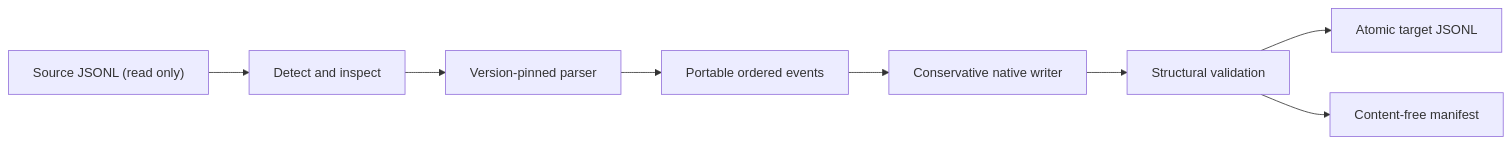
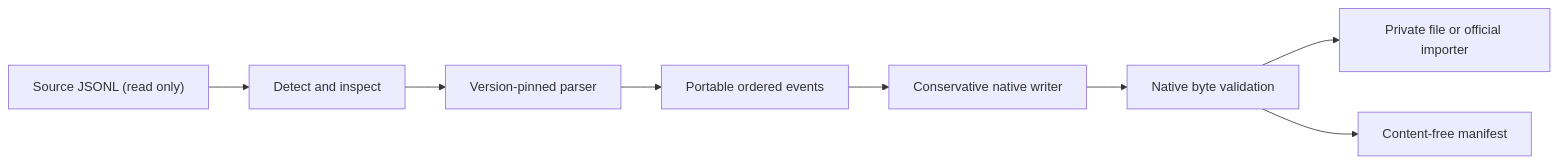
The diagram in docs/architecture.md (xhluca/session-migrate), drawn with Mermaid before and after one commit. The commit also changed other lines of this file and 10 other files, not shown here.

Commit message:
docs: publish v0.2.0 target validation

````diff
--- a/docs/architecture.md
+++ b/docs/architecture.md
@@ -5,10 +5,10 @@
 ```mermaid
 flowchart LR
     S["Source JSONL (read only)"] --> D["Detect and inspect"]
     D --> P["Version-pinned parser"]
     P --> I["Portable ordered events"]
     I --> W["Conservative native writer"]
-    W --> V["Structural validation"]
-    V --> A["Atomic target JSONL"]
+    W --> V["Native byte validation"]
+    V --> A["Private file or official importer"]
     V --> M["Content-free manifest"]
 ```
````
